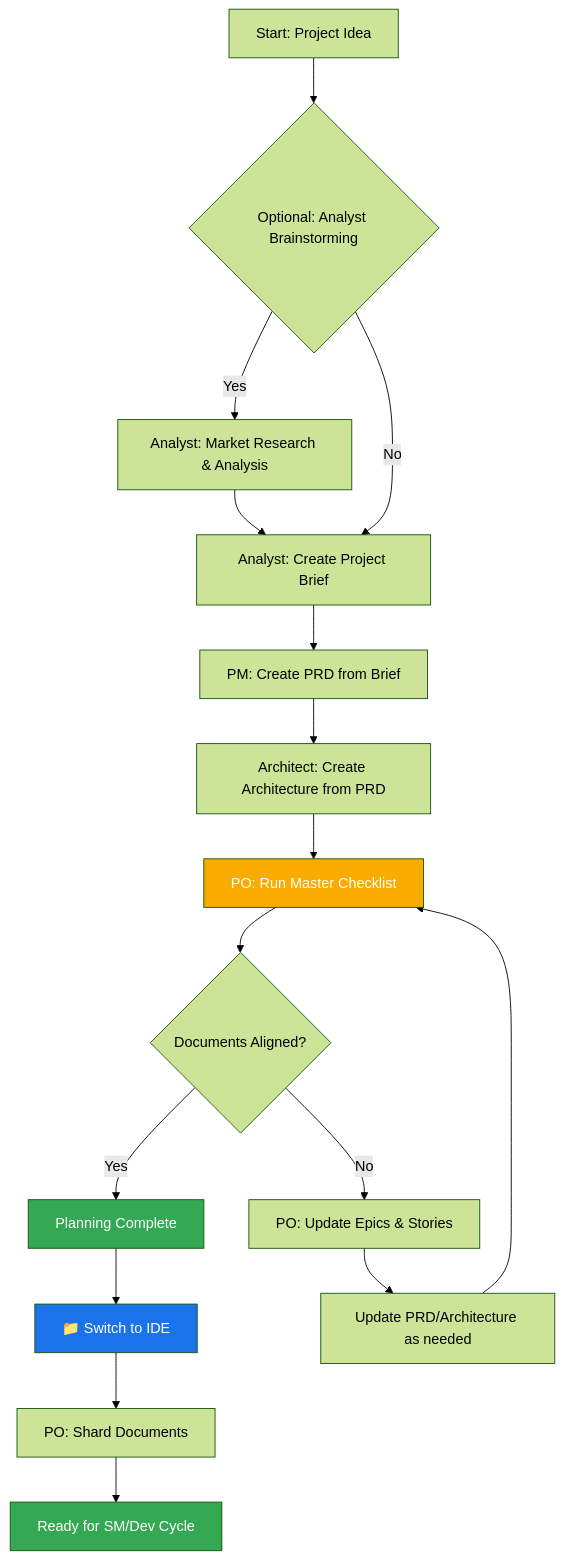
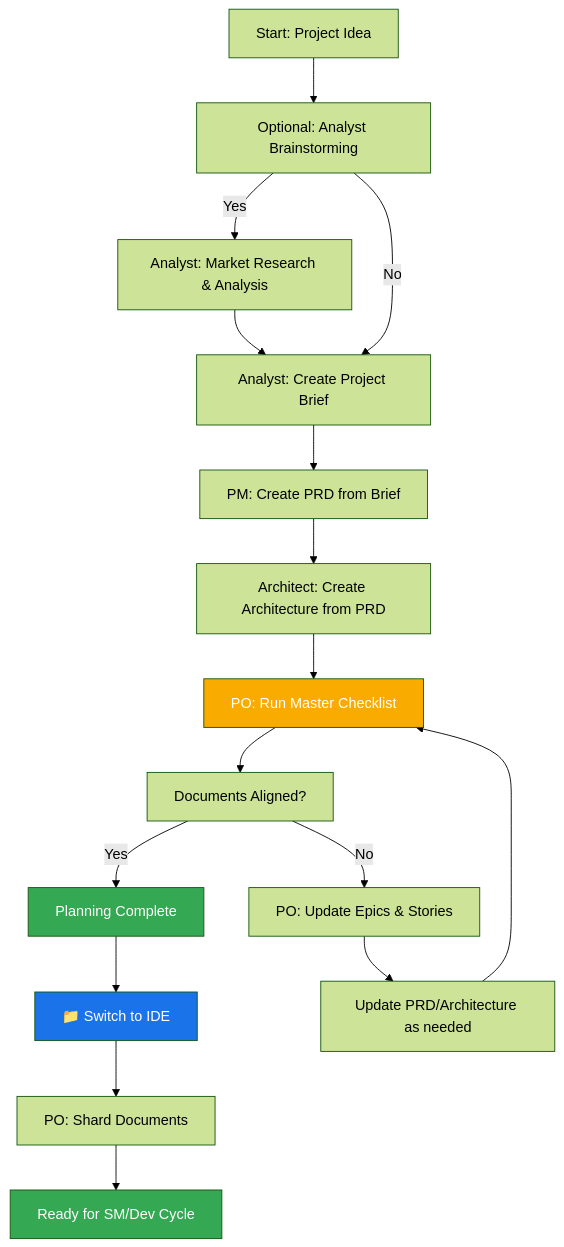
The second of 3 diagrams in content/en/docs/core-architecture.mdx (bychrisr/aios-docs), drawn with Mermaid (forest theme) before and after one commit. The commit also changed other lines of this file and 40 other files, not shown here.

````diff
--- a/content/en/docs/core-architecture.mdx
+++ b/content/en/docs/core-architecture.mdx
@@ -162,23 +162,23 @@
 ```mermaid
 graph TD
-    A["Start: Project Idea"] --> B{"Optional: Analyst Brainstorming"}
-    B -->|Yes| C["Analyst: Market Research & Analysis"]
+    A["Start: Project Idea"] --> B["Optional: Analyst Brainstorming"]
+    B -->|Yes| C["Analyst: Market Research &amp; Analysis"]
     B -->|No| D["Create Project Brief"]
     C --> D["Analyst: Create Project Brief"]
     D --> E["PM: Create PRD from Brief"]
     E --> F["Architect: Create Architecture from PRD"]
     F --> G["PO: Run Master Checklist"]
-    G --> H{"Documents Aligned?"}
+    G --> H["Documents Aligned?"]
     H -->|Yes| I["Planning Complete"]
-    H -->|No| J["PO: Update Epics & Stories"]
+    H -->|No| J["PO: Update Epics &amp; Stories"]
     J --> K["Update PRD/Architecture as needed"]
     K --> G
     I --> L["📁 Switch to IDE"]
     L --> M["PO: Shard Documents"]
     M --> N["Ready for SM/Dev Cycle"]
 
     style I fill:#34a853,color:#fff
     style G fill:#f9ab00,color:#fff
     style L fill:#1a73e8,color:#fff
     style N fill:#34a853,color:#fff
 ```
````
